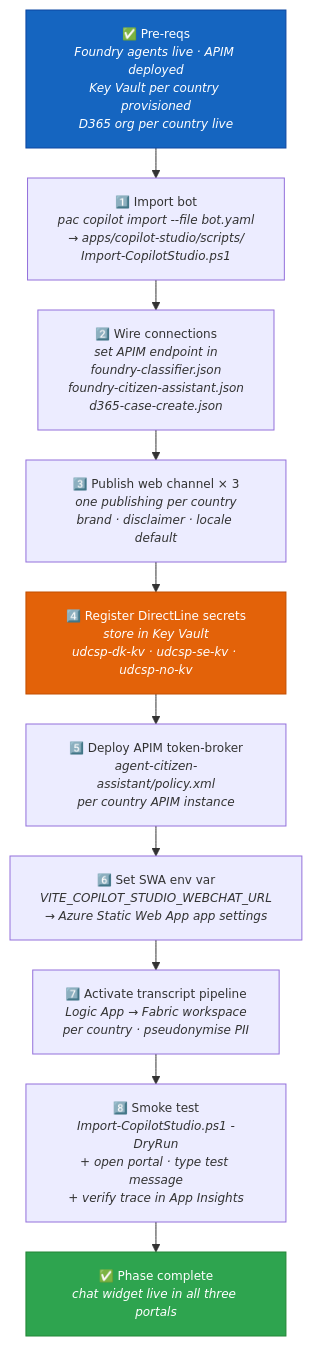
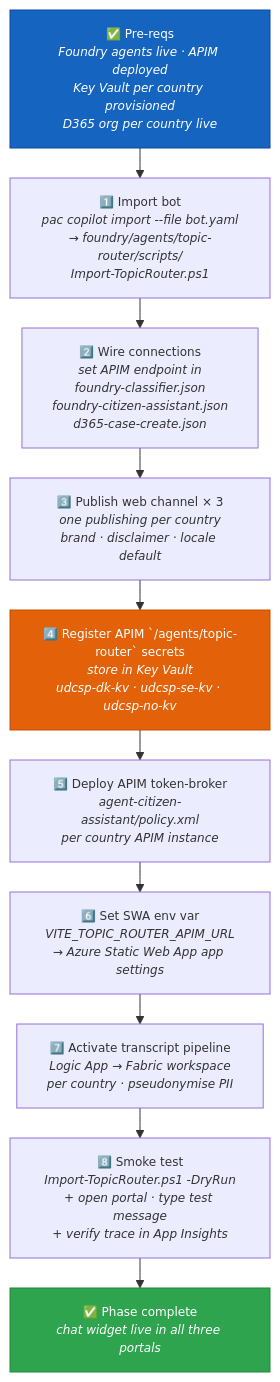
Before and after one commit to fredgis/UDCSP: the fourth of 4 diagrams in docs/biz/chat.md, drawn with Mermaid. The commit also changed other lines of this file and 193 other files, not shown here.

````diff
--- a/docs/biz/chat.md
+++ b/docs/biz/chat.md
@@ -574,20 +526,20 @@
 ```mermaid
 %%{ init: { 'flowchart': { 'nodeSpacing': 25, 'rankSpacing': 30 }, 'themeVariables': { 'fontSize': '12px' } } }%%
 flowchart TB
     P0["✅ Pre-reqs<br/><i>Foundry agents live · APIM deployed<br/>Key Vault per country provisioned<br/>D365 org per country live</i>"]
-    P1["1️⃣ Import bot<br/><i>pac copilot import --file bot.yaml<br/>→ apps/copilot-studio/scripts/<br/>Import-CopilotStudio.ps1</i>"]
+    P1["1️⃣ Import bot<br/><i>pac copilot import --file bot.yaml<br/>→ foundry/agents/topic-router/scripts/<br/>Import-TopicRouter.ps1</i>"]
     P2["2️⃣ Wire connections<br/><i>set APIM endpoint in<br/>foundry-classifier.json<br/>foundry-citizen-assistant.json<br/>d365-case-create.json</i>"]
     P3["3️⃣ Publish web channel × 3<br/><i>one publishing per country<br/>brand · disclaimer · locale default</i>"]
-    P4["4️⃣ Register DirectLine secrets<br/><i>store in Key Vault<br/>udcsp-dk-kv · udcsp-se-kv · udcsp-no-kv</i>"]
+    P4["4️⃣ Register APIM `/agents/topic-router` secrets<br/><i>store in Key Vault<br/>udcsp-dk-kv · udcsp-se-kv · udcsp-no-kv</i>"]
     P5["5️⃣ Deploy APIM token-broker<br/><i>agent-citizen-assistant/policy.xml<br/>per country APIM instance</i>"]
-    P6["6️⃣ Set SWA env var<br/><i>VITE_COPILOT_STUDIO_WEBCHAT_URL<br/>→ Azure Static Web App app settings</i>"]
+    P6["6️⃣ Set SWA env var<br/><i>VITE_TOPIC_ROUTER_APIM_URL<br/>→ Azure Static Web App app settings</i>"]
     P7["7️⃣ Activate transcript pipeline<br/><i>Logic App → Fabric workspace<br/>per country · pseudonymise PII</i>"]
-    P8["8️⃣ Smoke test<br/><i>Import-CopilotStudio.ps1 -DryRun<br/>+ open portal · type test message<br/>+ verify trace in App Insights</i>"]
+    P8["8️⃣ Smoke test<br/><i>Import-TopicRouter.ps1 -DryRun<br/>+ open portal · type test message<br/>+ verify trace in App Insights</i>"]
     P9["✅ Phase complete<br/><i>chat widget live in all three portals</i>"]
 
     P0 --> P1 --> P2 --> P3 --> P4 --> P5 --> P6 --> P7 --> P8 --> P9
 
     style P0 fill:#1565c0,stroke:#0d47a1,color:#fff
     style P9 fill:#2ea44f,stroke:#238636,color:#fff
     style P4 fill:#e36209,stroke:#c24e00,color:#fff
 ```
````
